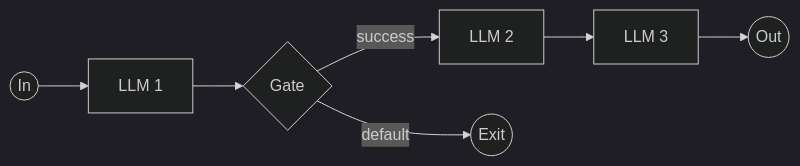
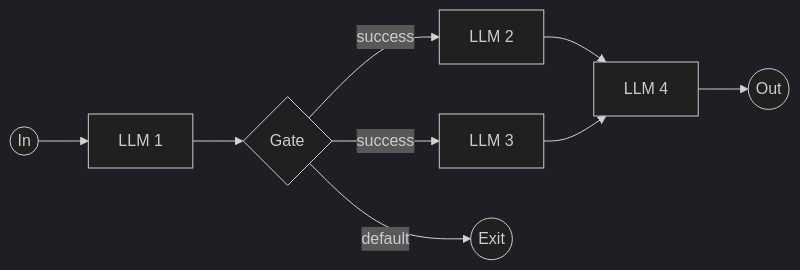
Before and after one commit to rootstrap/mars: the diagram in examples/simple_workflow/diagram.md, drawn with Mermaid (dark theme). The commit also changed 8 other files, not shown here.

````diff
--- a/examples/simple_workflow/diagram.md
+++ b/examples/simple_workflow/diagram.md
@@ -1,12 +1,17 @@
 ```mermaid
 flowchart LR
 In(("In")) -->
 LLM_1["LLM 1"]
 LLM_1 --> Gate
 Gate{"Gate"}
-Gate -->|success| LLM_2["LLM 2"]
-LLM_2 --> LLM_3
+LLM_2["LLM 2"]
 LLM_3["LLM 3"]
-LLM_3 --> Out(("Out"))
-Gate -->|default| exit((Exit))
+LLM_2 --> LLM_4
+LLM_3 --> LLM_4
+LLM_4["LLM 4"]
+LLM_4 --> Out(("Out"))
+Gate -->|success| LLM_2
+Gate -->|success| LLM_3
+exit((Exit))
+Gate -->|default| exit
 ```
````
